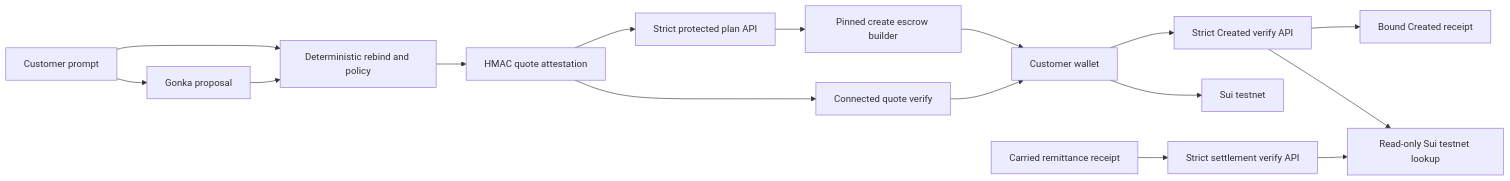
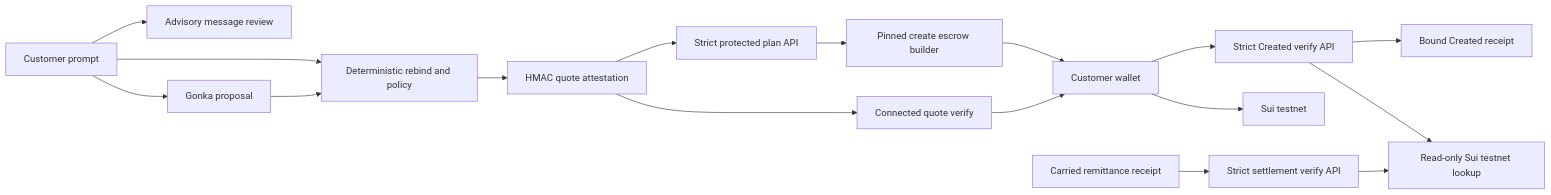
Before and after one commit to MUBA-Hack/convey-sui: the second of 4 diagrams in README.md, drawn with Mermaid. The commit also changed other lines of this file and 15 other files, not shown here.

Commit message:
Add two-model family message review

````diff
--- a/README.md
+++ b/README.md
@@ -518,26 +554,28 @@
 ```mermaid
 flowchart LR
   Prompt["Customer prompt"]
   Gonka["Gonka proposal"]
+  Steward["Advisory message review"]
   Resolve["Deterministic rebind and policy"]
   Hmac["HMAC quote attestation"]
   Verify["Connected quote verify"]
   ProtectedPlan["Strict protected plan API"]
   ProtectedBuild["Pinned create escrow builder"]
   Wallet["Customer wallet"]
   Sui["Sui testnet"]
   CreatedVerifyAPI["Strict Created verify API"]
   CreatedReceipt["Bound Created receipt"]
   CarriedReceipt["Carried remittance receipt"]
   SettlementVerifyAPI["Strict settlement verify API"]
   SuiRead["Read-only Sui testnet lookup"]
 
   Prompt --> Gonka
   Prompt --> Resolve
   Gonka --> Resolve
+  Prompt --> Steward
   Resolve --> Hmac --> Verify --> Wallet --> Sui
   Hmac --> ProtectedPlan --> ProtectedBuild --> Wallet
   Wallet --> CreatedVerifyAPI --> SuiRead
   CreatedVerifyAPI --> CreatedReceipt
   CarriedReceipt --> SettlementVerifyAPI --> SuiRead
 ```
````
